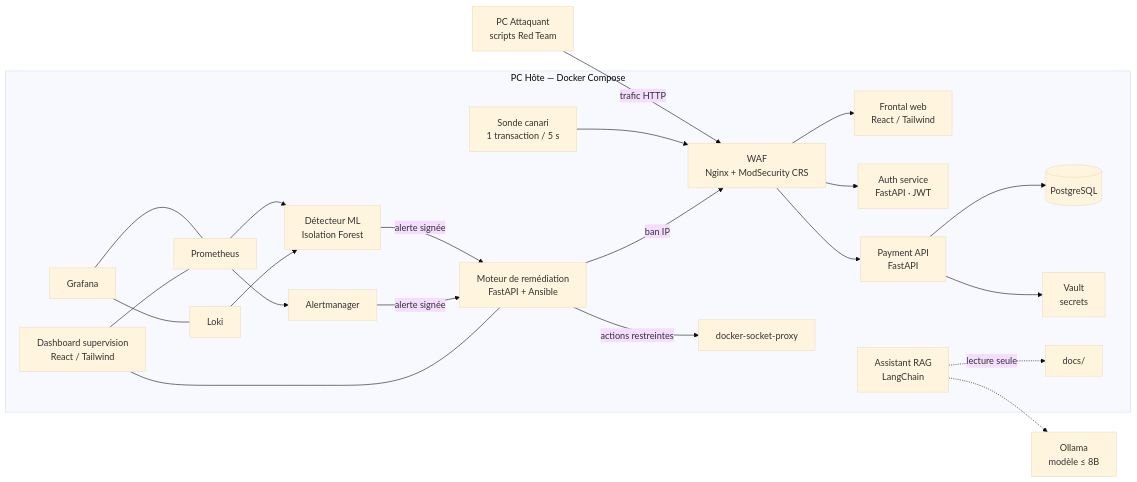
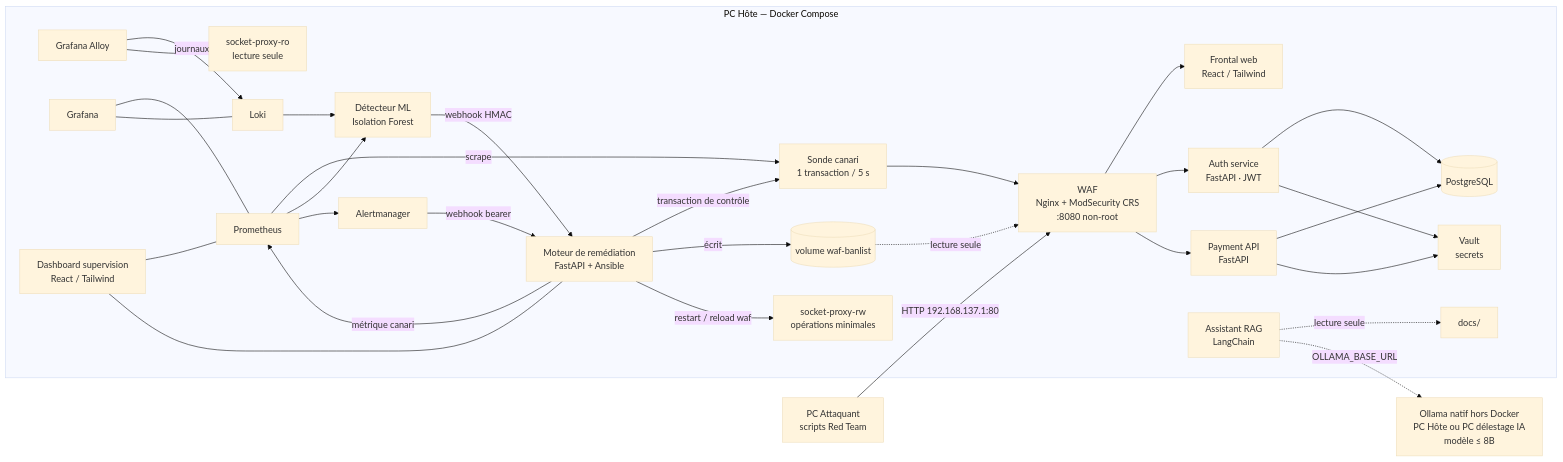
One commit to Formidabledu59/resilience-alpha changed the diagram in README.md. Above: the diagram before and after it, drawn with Mermaid (base theme). The commit also changed other lines of this file and 6 other files, not shown here.

````diff
--- a/README.md
+++ b/README.md
@@ -50,29 +51,37 @@
 ```mermaid
 flowchart LR
-    ATK["PC Attaquant<br/>scripts Red Team"] -->|trafic HTTP| WAF
+    ATK["PC Attaquant<br/>scripts Red Team"] -->|"HTTP 192.168.137.1:80"| WAF
 
     subgraph HOTE["PC Hôte — Docker Compose"]
-        WAF["WAF<br/>Nginx + ModSecurity CRS"] --> FRONT["Frontal web<br/>React / Tailwind"]
+        WAF["WAF<br/>Nginx + ModSecurity CRS<br/>:8080 non-root"] --> FRONT["Frontal web<br/>React / Tailwind"]
         WAF --> AUTH["Auth service<br/>FastAPI · JWT"]
         WAF --> API["Payment API<br/>FastAPI"]
-        API --> DB[("PostgreSQL")]
-        API --> VAULT["Vault<br/>secrets"]
+        AUTH --> DB[("PostgreSQL")]
+        API --> DB
+        AUTH --> VAULT["Vault<br/>secrets"]
+        API --> VAULT
         CANARY["Sonde canari<br/>1 transaction / 5 s"] --> WAF
 
-        PROM["Prometheus"] --> ML["Détecteur ML<br/>Isolation Forest"]
+        PROM["Prometheus"] -->|scrape| CANARY
+        PROM --> ML["Détecteur ML<br/>Isolation Forest"]
         LOKI["Loki"] --> ML
+        ALLOY["Grafana Alloy"] -->|journaux| LOKI
+        ALLOY --> PROXYRO["socket-proxy-ro<br/>lecture seule"]
         PROM --> AM["Alertmanager"]
-        ML -->|alerte signée| REM["Moteur de remédiation<br/>FastAPI + Ansible"]
-        AM -->|alerte signée| REM
-        REM -->|actions restreintes| PROXY["docker-socket-proxy"]
-        REM -->|ban IP| WAF
+        ML -->|webhook HMAC| REM["Moteur de remédiation<br/>FastAPI + Ansible"]
+        AM -->|webhook bearer| REM
+        REM -->|métrique canari| PROM
+        REM -->|transaction de contrôle| CANARY
+        REM -->|écrit| BAN[("volume waf-banlist")]
+        BAN -.lecture seule.-> WAF
+        REM -->|restart / reload waf| PROXYRW["socket-proxy-rw<br/>opérations minimales"]
 
         GRAF["Grafana"] --- PROM
         GRAF --- LOKI
         DASH["Dashboard supervision<br/>React / Tailwind"] --- PROM
         DASH --- REM
         RAG["Assistant RAG<br/>LangChain"] -.lecture seule.-> DOCS["docs/"]
     end
 
-    RAG -.-> OLLAMA["Ollama<br/>modèle ≤ 8B"]
+    RAG -.->|OLLAMA_BASE_URL| OLLAMA["Ollama natif hors Docker<br/>PC Hôte ou PC délestage IA<br/>modèle ≤ 8B"]
 ```
````
